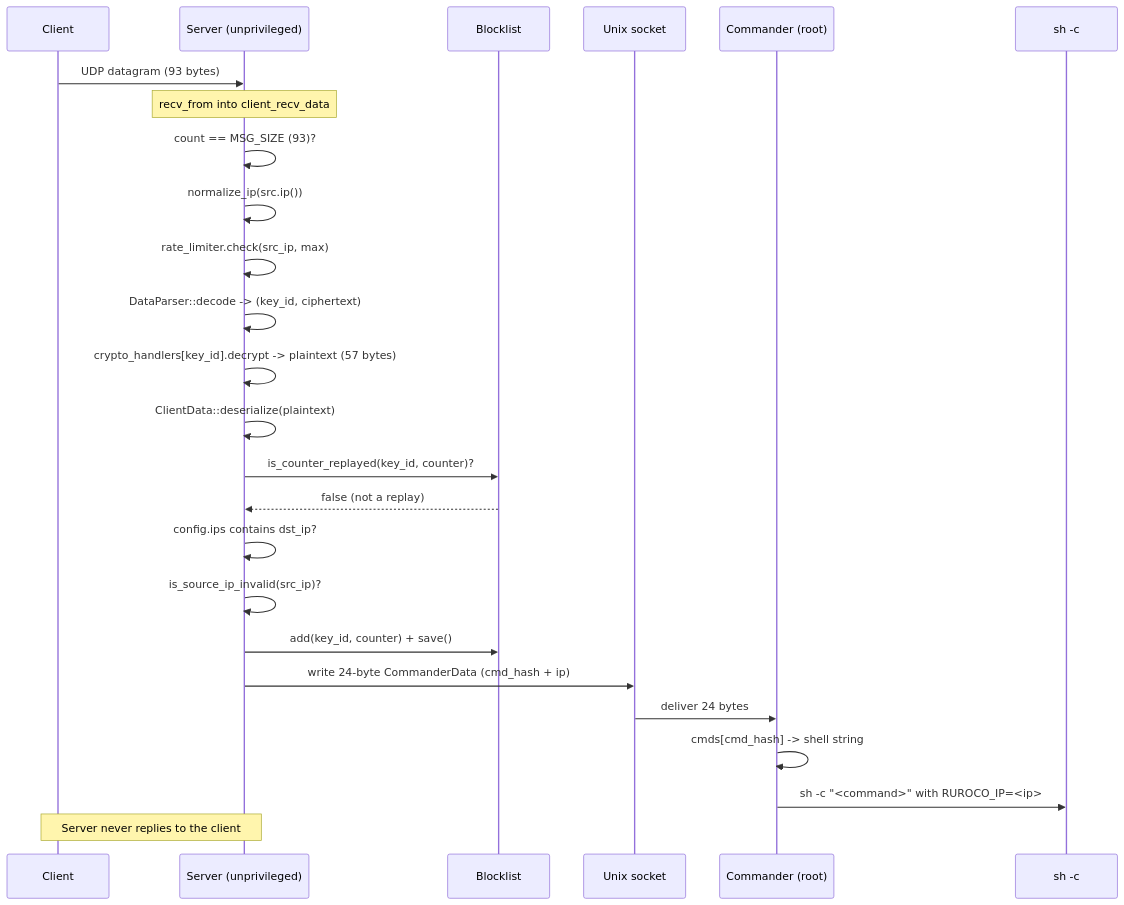
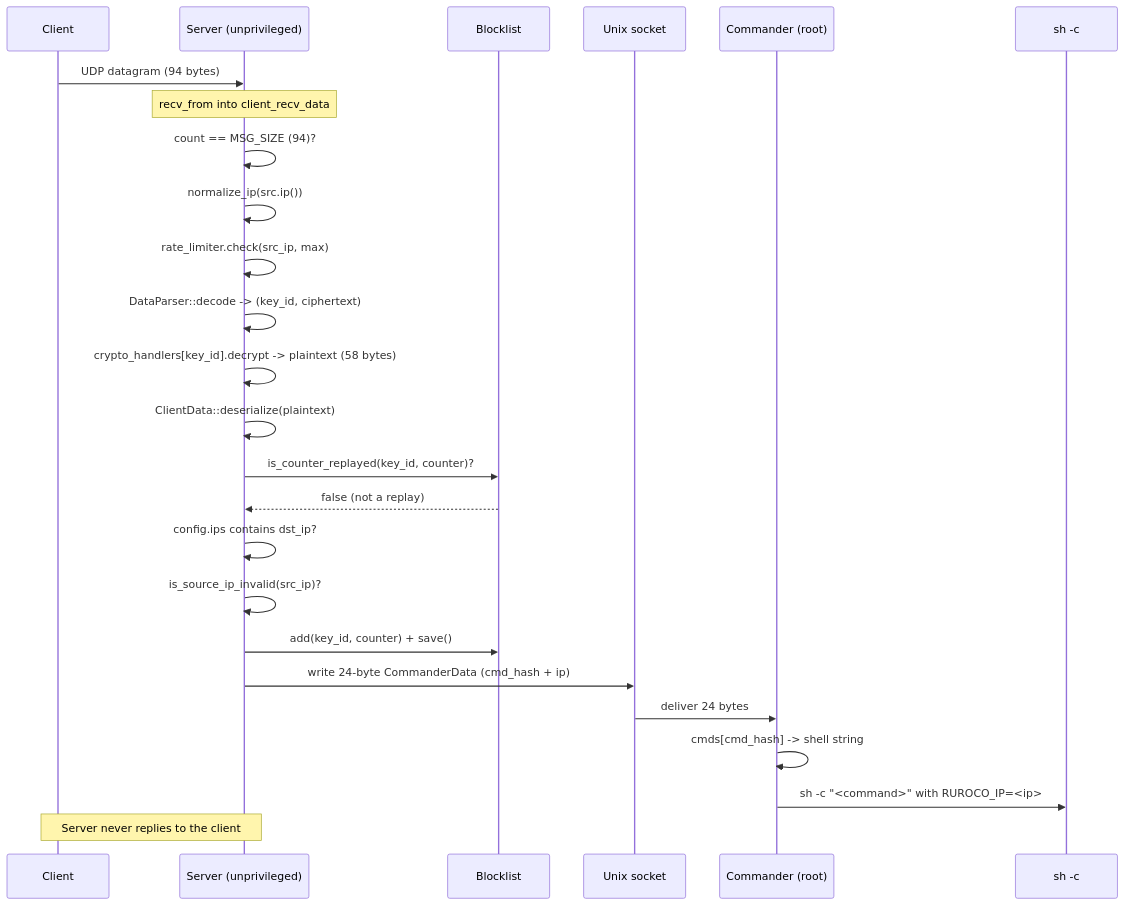
One commit to beac0n/ruroco changed the second of 3 diagrams in docs/src/server/overview.md. Above: the diagram before and after it, drawn with Mermaid. The commit also changed other lines of this file and 15 other files, not shown here.

````diff
--- a/docs/src/server/overview.md
+++ b/docs/src/server/overview.md
@@ -136,28 +136,28 @@
 ```mermaid
 sequenceDiagram
     participant C as Client
     participant S as Server (unprivileged)
     participant B as Blocklist
     participant U as Unix socket
     participant K as Commander (root)
     participant SH as sh -c
 
-    C->>S: UDP datagram (93 bytes)
+    C->>S: UDP datagram (94 bytes)
     Note over S: recv_from into client_recv_data
-    S->>S: count == MSG_SIZE (93)?
+    S->>S: count == MSG_SIZE (94)?
     S->>S: normalize_ip(src.ip())
     S->>S: rate_limiter.check(src_ip, max)
     S->>S: DataParser::decode -> (key_id, ciphertext)
-    S->>S: crypto_handlers[key_id].decrypt -> plaintext (57 bytes)
+    S->>S: crypto_handlers[key_id].decrypt -> plaintext (58 bytes)
     S->>S: ClientData::deserialize(plaintext)
     S->>B: is_counter_replayed(key_id, counter)?
     B-->>S: false (not a replay)
     S->>S: config.ips contains dst_ip?
     S->>S: is_source_ip_invalid(src_ip)?
     S->>B: add(key_id, counter) + save()
     S->>U: write 24-byte CommanderData (cmd_hash + ip)
     U->>K: deliver 24 bytes
     K->>K: cmds[cmd_hash] -> shell string
     K->>SH: sh -c "<command>" with RUROCO_IP=<ip>
     Note over S,C: Server never replies to the client
 ```
````
